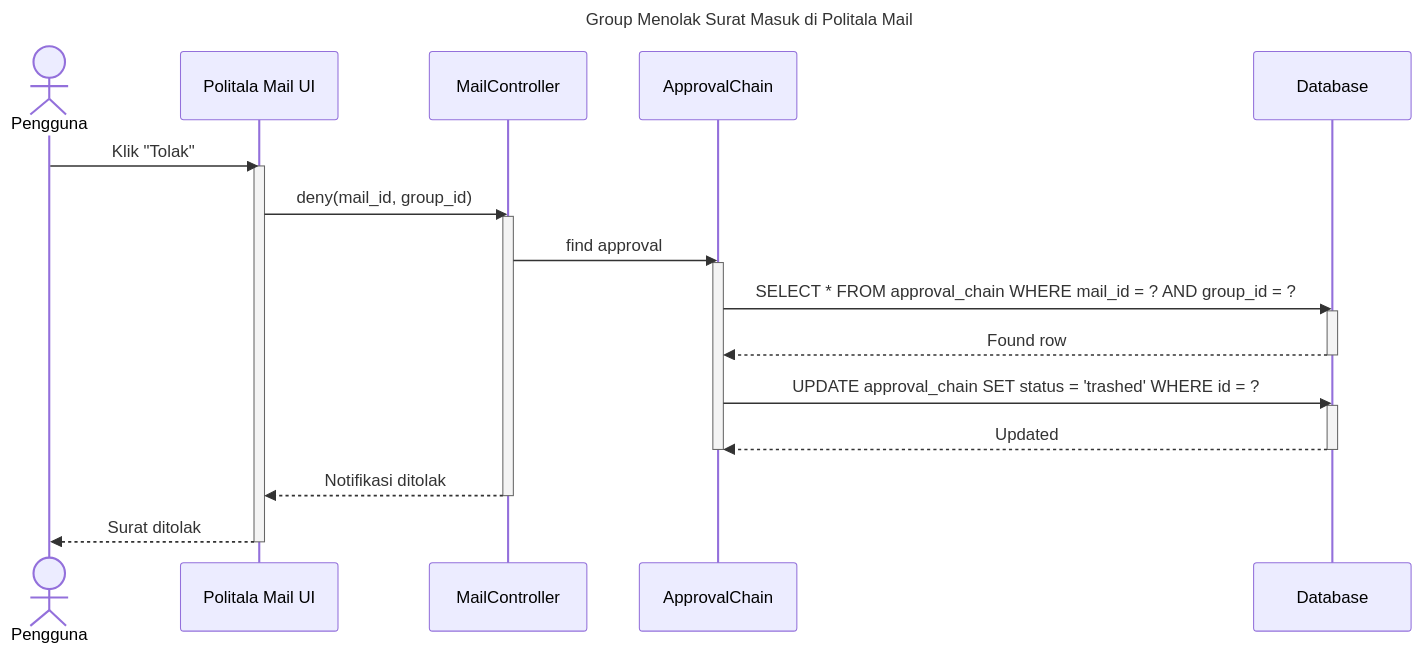
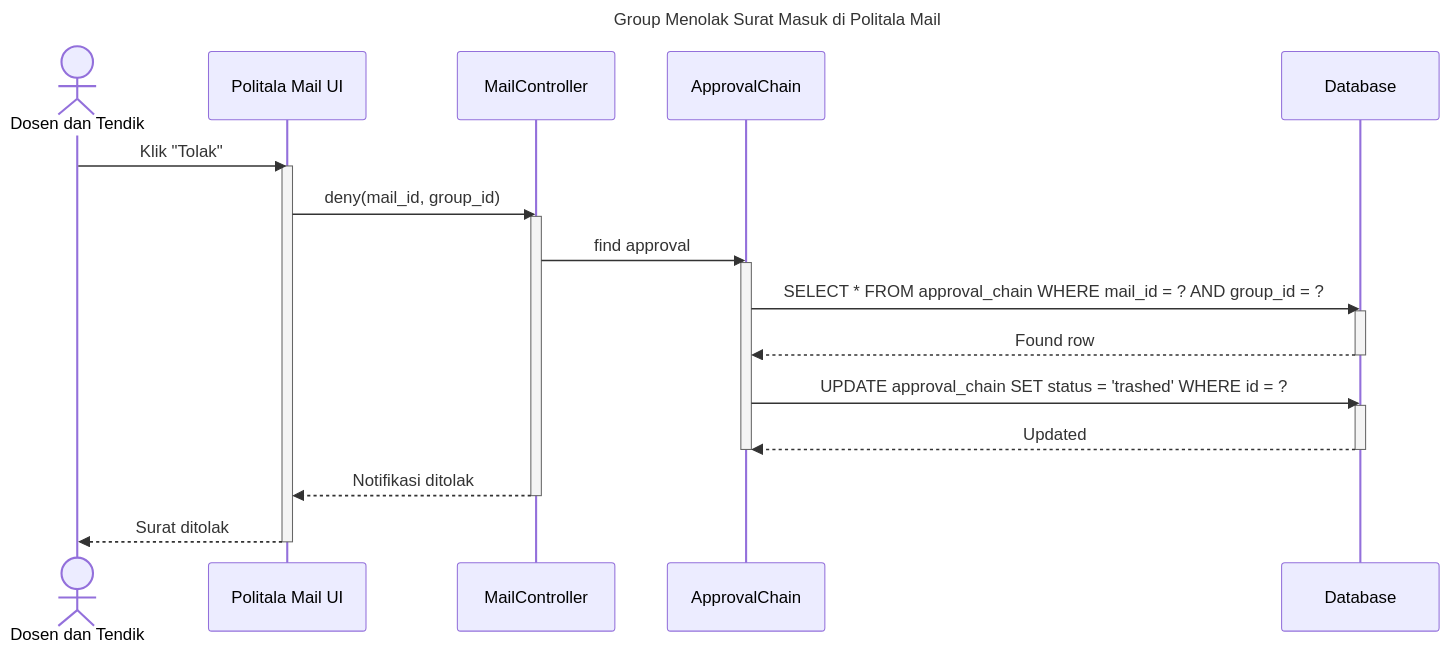
One commit to davidhadinugroho24601/UML-politala-mail changed the diagram in Manage Surat Masuk/tolak.md. Above: the diagram before and after it, drawn with Mermaid. The commit also changed 9 other files, not shown here.

````diff
--- a/Manage Surat Masuk/tolak.md
+++ b/Manage Surat Masuk/tolak.md
@@ -1,36 +1,36 @@
 ```mermaid
 
 sequenceDiagram
     title Group Menolak Surat Masuk di Politala Mail
 
-    actor Pengguna
+    actor Dosen dan Tendik
     participant FilamentUI as Politala Mail UI
     participant MailController
     participant ApprovalModel as ApprovalChain
     participant DB as Database
 
-    Pengguna ->> FilamentUI: Klik "Tolak"
+    Dosen dan Tendik ->> FilamentUI: Klik "Tolak"
     activate FilamentUI
     FilamentUI ->> MailController: deny(mail_id, group_id)
     activate MailController
 
     MailController ->> ApprovalModel: find approval
     activate ApprovalModel
     ApprovalModel ->> DB: SELECT * FROM approval_chain WHERE mail_id = ? AND group_id = ?
     activate DB
     DB -->> ApprovalModel: Found row
     deactivate DB
 
     ApprovalModel ->> DB: UPDATE approval_chain SET status = 'trashed' WHERE id = ?
     activate DB
     DB -->> ApprovalModel: Updated
     deactivate DB
     deactivate ApprovalModel
 
     MailController -->> FilamentUI: Notifikasi ditolak
     deactivate MailController
-    FilamentUI -->> Pengguna: Surat ditolak
+    FilamentUI -->> Dosen dan Tendik: Surat ditolak
     deactivate FilamentUI
 
 
 ```
````
